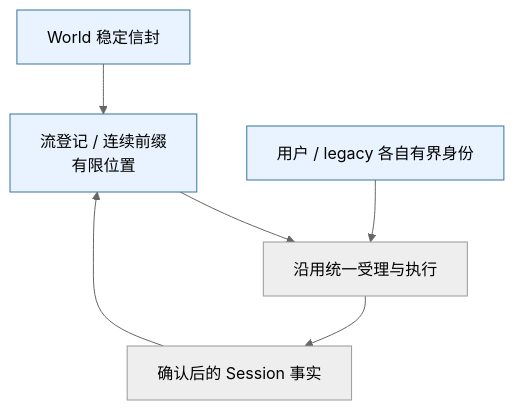
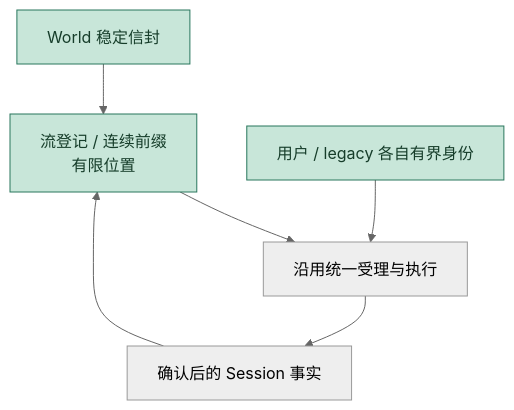
One commit to 13776578253-glitch/1002bot changed the third of 7 diagrams in docs/2026-10-09-M4.0进度与架构图.md. Above: the diagram before and after it, drawn with Mermaid (neutral theme). The commit also changed other lines of this file and 3 other files, not shown here.

````diff
--- a/docs/2026-10-09-M4.0进度与架构图.md
+++ b/docs/2026-10-09-M4.0进度与架构图.md
@@ -73,10 +71,10 @@
 ```mermaid
 flowchart TB
   N1[World 稳定信封] --> N2[流登记 / 连续前缀<br/>有限位置]
   N2 --> N3[沿用统一受理与执行]
   N4[用户 / legacy 各自有界身份] --> N3
   N3 --> N5[确认后的 Session 事实]
   N5 --> N2
-  classDef changed fill:#e8f3ff,stroke:#3574a0
-  class N1,N2,N4 changed
+  classDef added fill:#c8e6d9,stroke:#28765c,color:#163d2a;
+  class N1,N2,N4 added;
 ```
````
